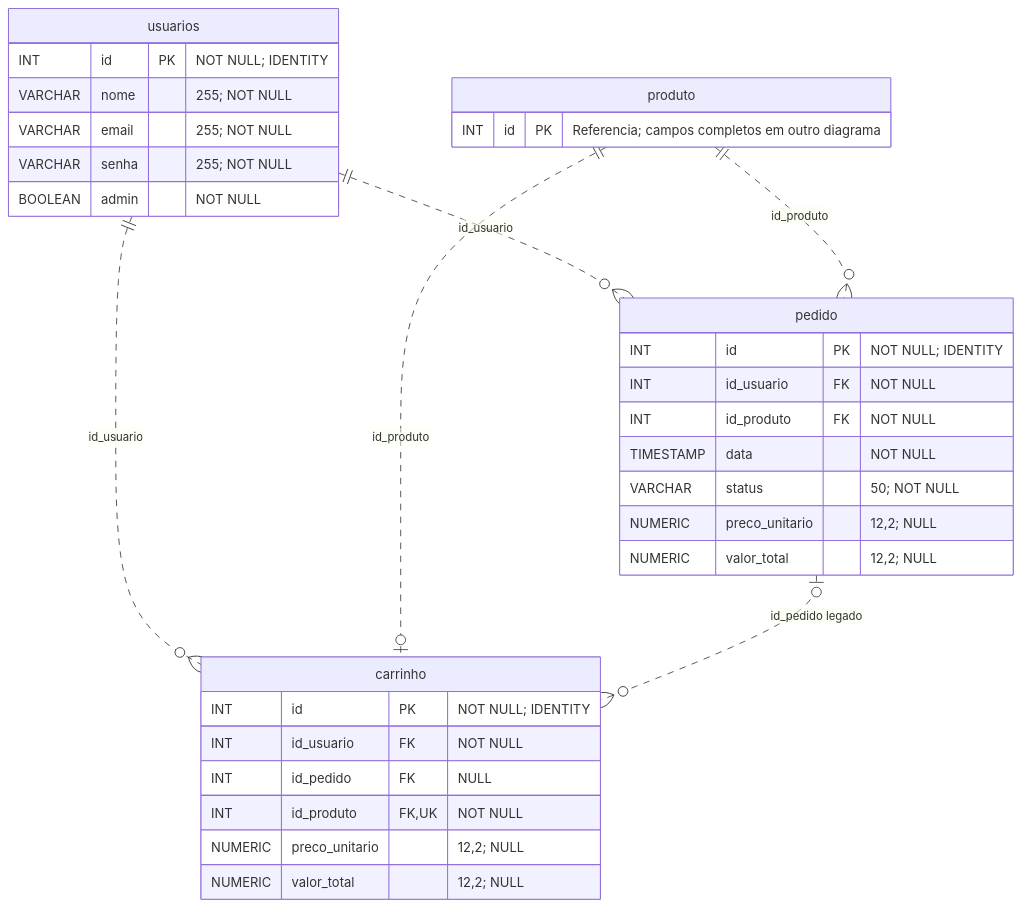
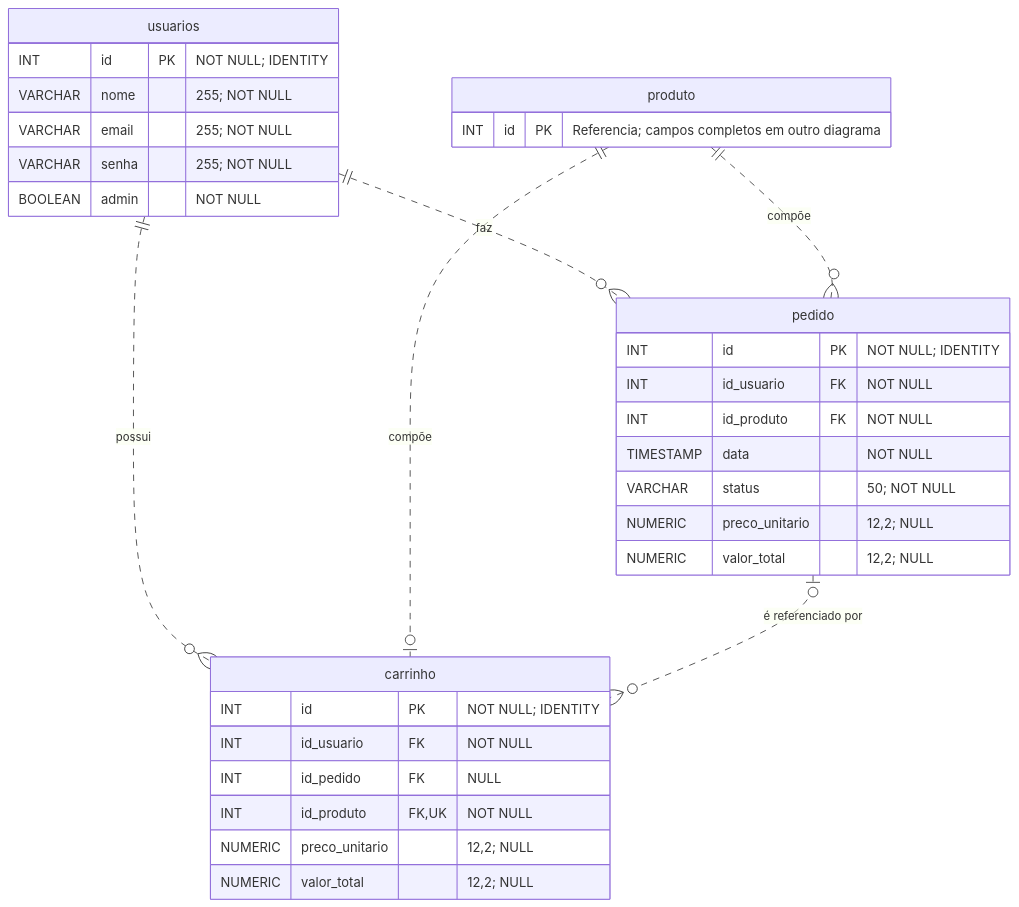
Before and after one commit to androidkkn/ProjetoFinal-ArtUP: the second of 3 diagrams in docs/banco-de-dados.md, drawn with Mermaid. The commit also changed other lines of this file and 1 other file, not shown here.

````diff
--- a/docs/banco-de-dados.md
+++ b/docs/banco-de-dados.md
@@ -71,36 +70,36 @@
 ```mermaid
 erDiagram
-    usuarios ||..o{ carrinho : "id_usuario"
-    usuarios ||..o{ pedido : "id_usuario"
-    produto ||..o| carrinho : "id_produto"
-    produto ||..o{ pedido : "id_produto"
-    pedido o|..o{ carrinho : "id_pedido legado"
+    usuarios ||..o{ carrinho : "possui"
+    usuarios ||..o{ pedido : "faz"
+    produto ||..o| carrinho : "compõe"
+    produto ||..o{ pedido : "compõe"
+    pedido o|..o{ carrinho : "é referenciado por"
 
     usuarios {
         INT id PK "NOT NULL; IDENTITY"
         VARCHAR nome "255; NOT NULL"
         VARCHAR email "255; NOT NULL"
         VARCHAR senha "255; NOT NULL"
         BOOLEAN admin "NOT NULL"
     }
     produto {
         INT id PK "Referencia; campos completos em outro diagrama"
     }
     carrinho {
         INT id PK "NOT NULL; IDENTITY"
         INT id_usuario FK "NOT NULL"
         INT id_pedido FK "NULL"
         INT id_produto FK, UK "NOT NULL"
         NUMERIC preco_unitario "12,2; NULL"
         NUMERIC valor_total "12,2; NULL"
     }
     pedido {
         INT id PK "NOT NULL; IDENTITY"
         INT id_usuario FK "NOT NULL"
         INT id_produto FK "NOT NULL"
         TIMESTAMP data "NOT NULL"
         VARCHAR status "50; NOT NULL"
         NUMERIC preco_unitario "12,2; NULL"
         NUMERIC valor_total "12,2; NULL"
     }
 ```
````
